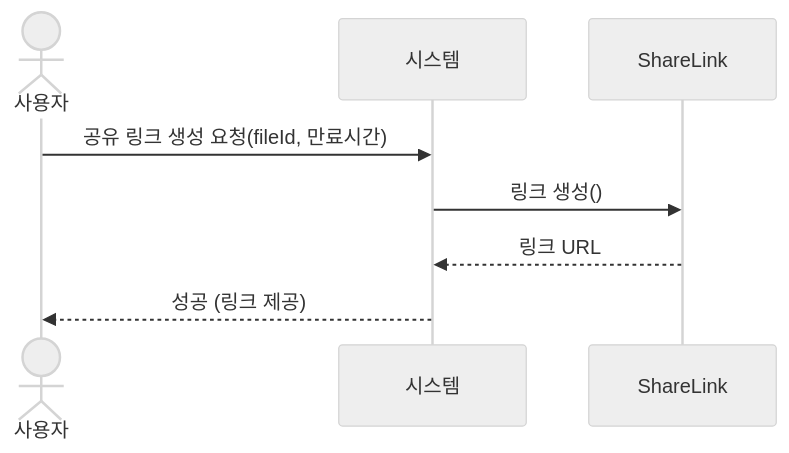
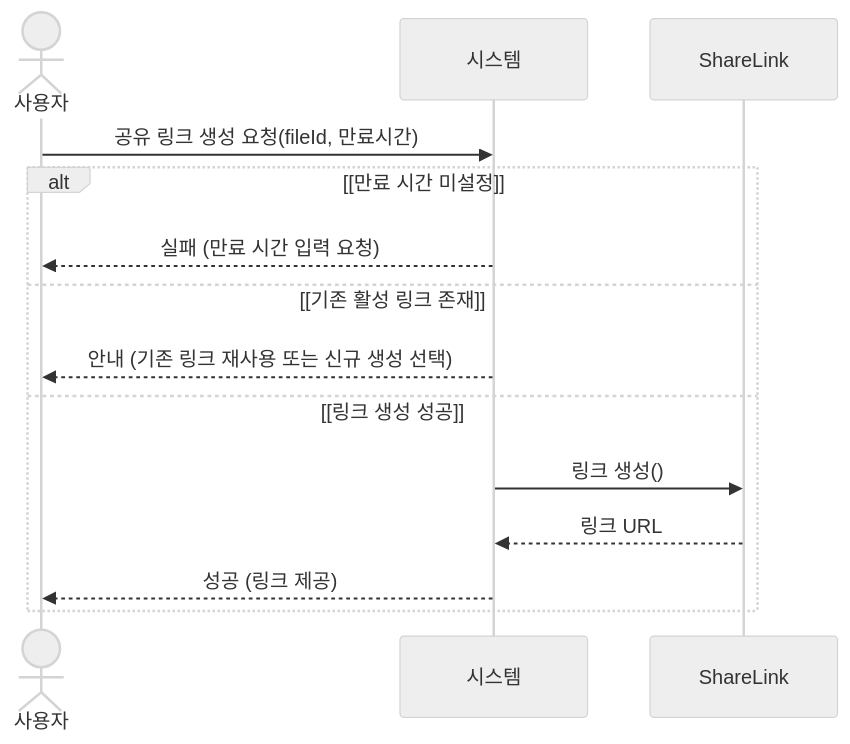
One commit to rlawlgus125/se changed the eighth of 15 diagrams in doc/project5_req_analysis.md. Above: the diagram before and after it, drawn with Mermaid (neutral theme). The commit also changed other lines of this file, not shown here.

````diff
--- a/doc/project5_req_analysis.md
+++ b/doc/project5_req_analysis.md
@@ -938,11 +984,17 @@
 ```mermaid
 sequenceDiagram
     actor 사용자
     participant 시스템
     participant ShareLink
 
     사용자 ->> 시스템: 공유 링크 생성 요청(fileId, 만료시간)
-    시스템 ->> ShareLink: 링크 생성()
-    ShareLink -->> 시스템: 링크 URL
-    시스템 -->> 사용자: 성공 (링크 제공)
+    alt [만료 시간 미설정]
+        시스템 -->> 사용자: 실패 (만료 시간 입력 요청)
+    else [기존 활성 링크 존재]
+        시스템 -->> 사용자: 안내 (기존 링크 재사용 또는 신규 생성 선택)
+    else [링크 생성 성공]
+        시스템 ->> ShareLink: 링크 생성()
+        ShareLink -->> 시스템: 링크 URL
+        시스템 -->> 사용자: 성공 (링크 제공)
+    end
 ```
````
